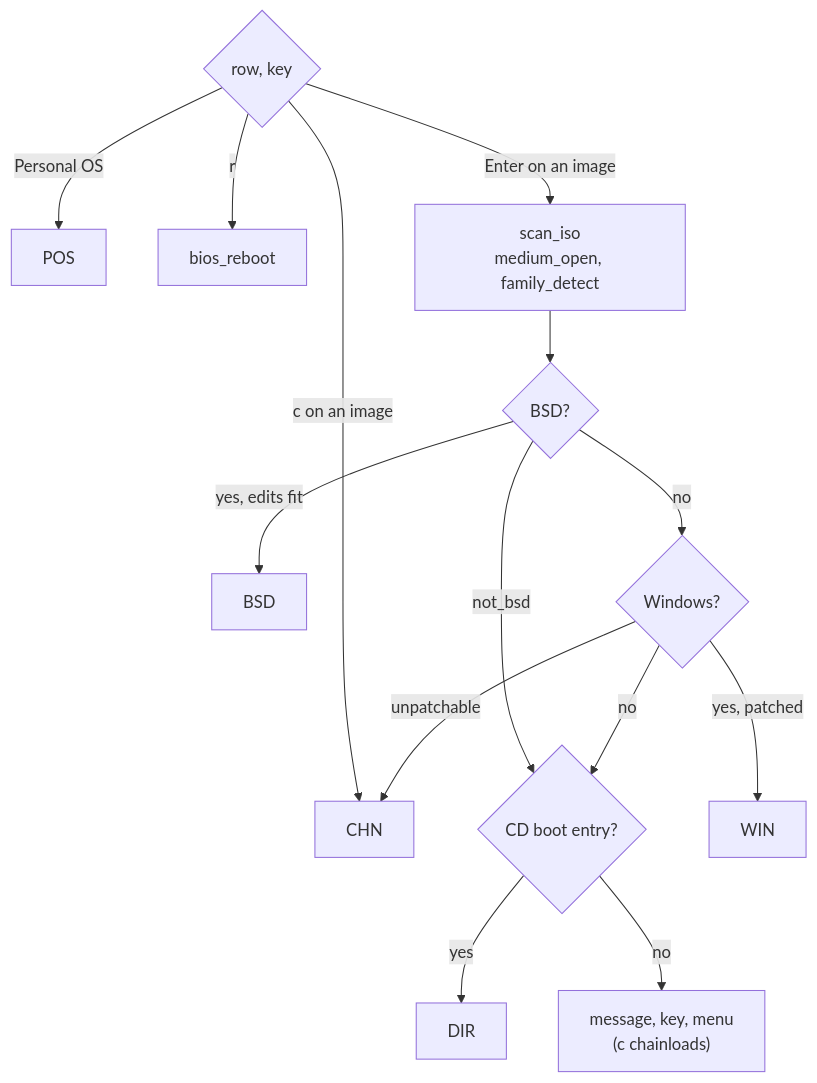
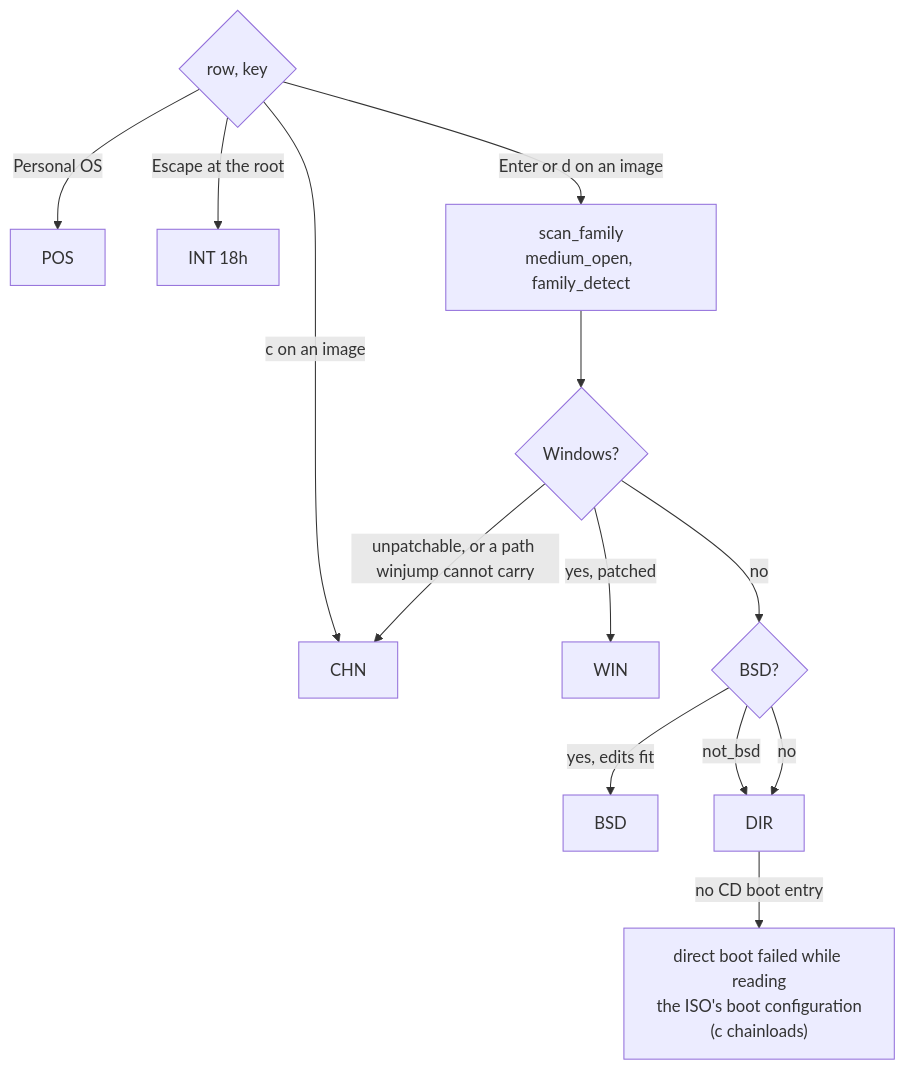
One commit to vifair22/falcon-boot changed diagram 15 of 22 in docs/DESIGN.md. Above: the diagram before and after it, drawn with Mermaid. The commit also changed other lines of this file and 3 other files, not shown here.

````diff
--- a/docs/DESIGN.md
+++ b/docs/DESIGN.md
@@ -3016,17 +3038,16 @@
 ```mermaid
 flowchart TD
     ROW{"row, key"}
     ROW -- "Personal OS" --> POS[POS]
-    ROW -- "r" --> RB["bios_reboot"]
+    ROW -- "Escape at the root" --> FW["INT 18h"]
     ROW -- "c on an image" --> CHN[CHN]
-    ROW -- "Enter on an image" --> MED["scan_iso<br/>medium_open, family_detect"]
-    MED --> B{"BSD?"}
+    ROW -- "Enter or d on an image" --> MED["scan_family<br/>medium_open, family_detect"]
+    MED --> W{"Windows?"}
+    W -- "yes, patched" --> WIN[WIN]
+    W -- "unpatchable, or a path winjump cannot carry" --> CHN
+    W -- no --> B{"BSD?"}
     B -- "yes, edits fit" --> BSD[BSD]
-    B -- "not_bsd" --> BC
-    B -- no --> W{"Windows?"}
-    W -- "yes, patched" --> WIN[WIN]
-    W -- "unpatchable" --> CHN
-    W -- no --> BC{"CD boot entry?"}
-    BC -- yes --> DIR[DIR]
-    BC -- no --> STOP["message, key, menu<br/>(c chainloads)"]
+    B -- "not_bsd" --> DIR
+    B -- no --> DIR[DIR]
+    DIR -- "no CD boot entry" --> STOP["direct boot failed while reading<br/>the ISO's boot configuration<br/>(c chainloads)"]
 ```
````
